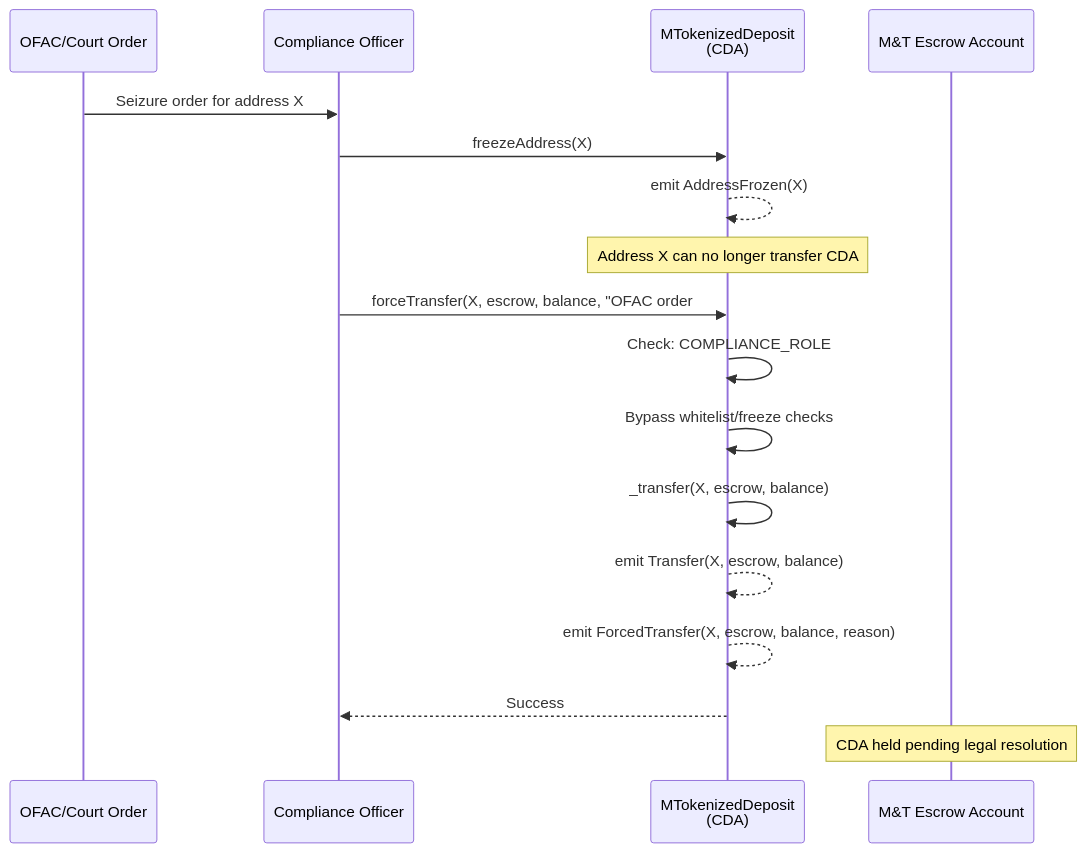
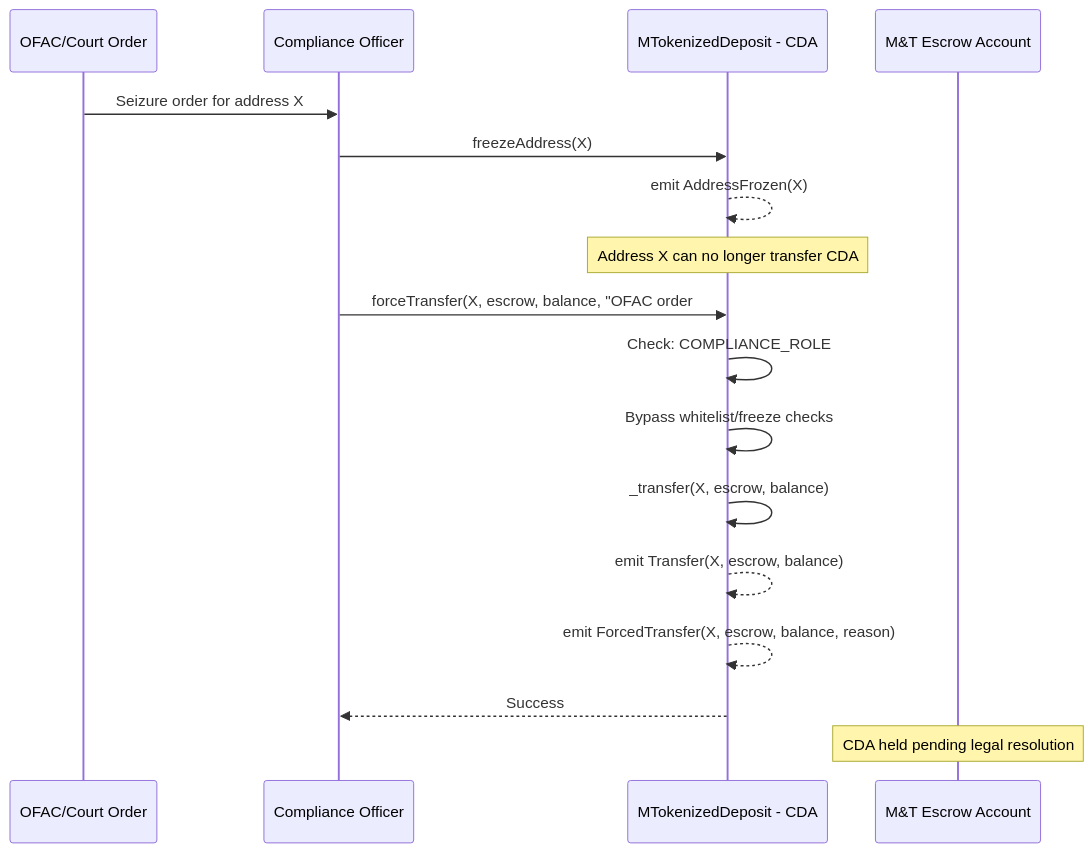
Before and after one commit to jnodes/tokenized-deposits: the sixth of 6 diagrams in docs/contract_flow_diagrams.md, drawn with Mermaid. The commit also changed other lines of this file and 6 other files, not shown here.

Commit message:
fix: repair Mermaid diagram syntax for GitHub rendering — quote special chars, remove em-dashes, fix participant labels

````diff
--- a/docs/contract_flow_diagrams.md
+++ b/docs/contract_flow_diagrams.md
@@ -187,22 +187,22 @@
 ```mermaid
 sequenceDiagram
     participant OFAC as OFAC/Court Order
     participant Compliance as Compliance Officer
-    participant Token as MTokenizedDeposit<br/>(CDA)
+    participant Token as MTokenizedDeposit - CDA
     participant Escrow as M&T Escrow Account
 
     OFAC->>Compliance: Seizure order for address X
     Compliance->>Token: freezeAddress(X)
     Token-->>Token: emit AddressFrozen(X)
     Note over Token: Address X can no longer transfer CDA
 
     Compliance->>Token: forceTransfer(X, escrow, balance, "OFAC order #123")
     Token->>Token: Check: COMPLIANCE_ROLE
     Token->>Token: Bypass whitelist/freeze checks
     Token->>Token: _transfer(X, escrow, balance)
     Token-->>Token: emit Transfer(X, escrow, balance)
     Token-->>Token: emit ForcedTransfer(X, escrow, balance, reason)
     Token-->>Compliance: Success
 
     Note over Escrow: CDA held pending legal resolution
 ```
````
